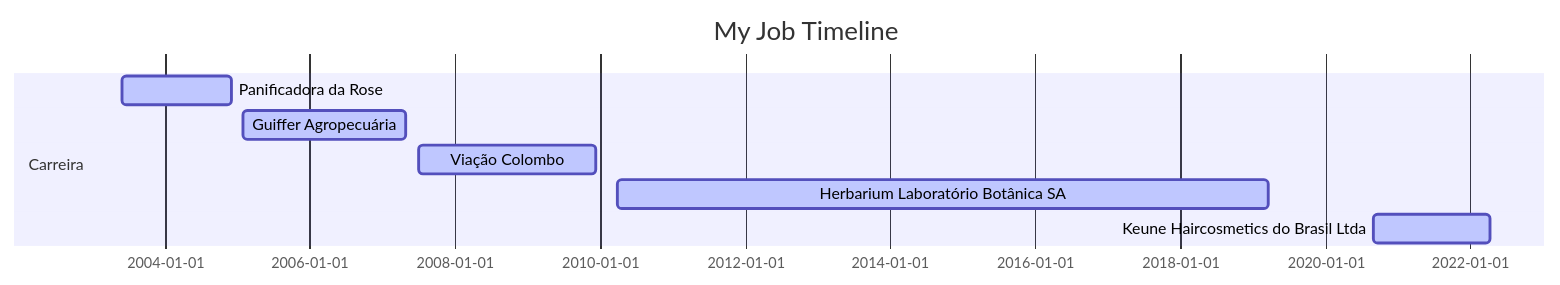
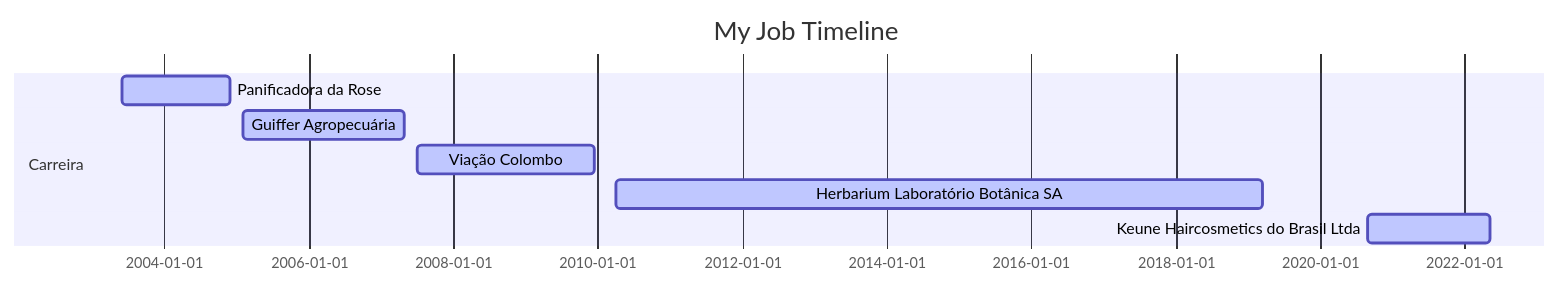
The diagram in README.md (JardelSilva-86/JardelSilva), drawn with Mermaid before and after one commit.

````diff
--- a/README.md
+++ b/README.md
@@ -4,14 +4,14 @@
 ```mermaid
 
 gantt
 dateFormat  DD-MM-YYYY
 title My Job Timeline
 
 section Carreira
 Panificadora da Rose                  :active,, 01-06-2003, 01-12-2004
 Guiffer Agropecuária                  :active,, 01-02-2005, 01-05-2007
 Viação Colombo                        :active,, 01-07-2007, 13-12-2009
 Herbarium Laboratório Botânica SA     :active,, 01-04-2010, 18-03-2019
-Keune Haircosmetics do Brasil Ltda    :active,, 01-09-2020, 10-04-2022
+Keune Haircosmetics do Brasil Ltda    :active,, 01-09-2020, 10-05-2022
 
 ```
````
